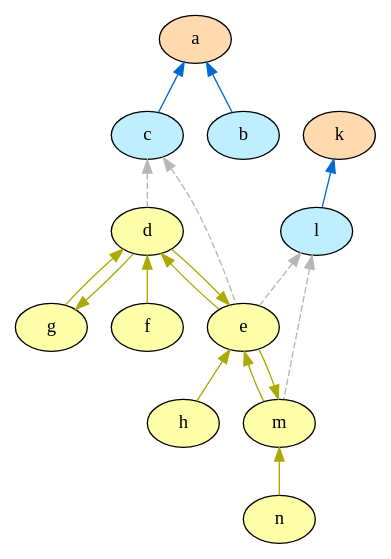
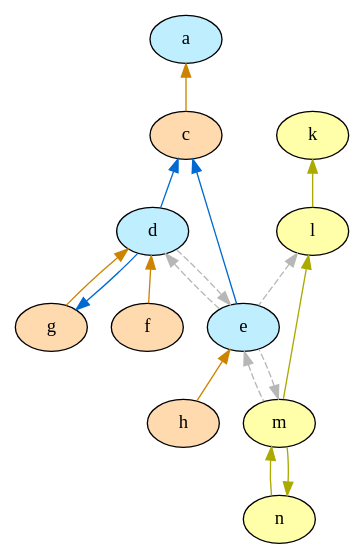
Before and after one commit to idaks/Games-and-Argumentation: the diagram in XLoKR-2023/vanilla_version/output/argu_graph_colored.dot, drawn with Graphviz. The commit also changed 12 other files, not shown here.

```diff
--- a/XLoKR-2023/vanilla_version/output/argu_graph_colored.dot
+++ b/XLoKR-2023/vanilla_version/output/argu_graph_colored.dot
@@ -1,62 +1,61 @@
 strict digraph "" {
-	a	[fillcolor="#ffdaaf",
+	a	[fillcolor="#bfefff",
 		style=filled];
-	b	[fillcolor="#bfefff",
+	c	[fillcolor="#ffdaaf",
 		style=filled];
-	a -> b	[color="#006ad1",
+	a -> c	[color="#cc8400",
 		dir=back];
-	c	[fillcolor="#bfefff",
+	d	[fillcolor="#bfefff",
 		style=filled];
-	a -> c	[color="#006ad1",
+	c -> d	[color="#006ad1",
 		dir=back];
-	d	[fillcolor="#FFFFAA",
+	e	[fillcolor="#bfefff",
 		style=filled];
-	c -> d	[color="#b7b7b7",
+	c -> e	[color="#006ad1",
+		dir=back];
+	d -> e	[color="#b7b7b7",
 		dir=back,
 		style=dashed];
-	e	[fillcolor="#FFFFAA",
+	f	[fillcolor="#ffdaaf",
 		style=filled];
-	c -> e	[color="#b7b7b7",
+	d -> f	[color="#cc8400",
+		dir=back];
+	g	[fillcolor="#ffdaaf",
+		style=filled];
+	d -> g	[color="#cc8400",
+		dir=back];
+	e -> d	[color="#b7b7b7",
 		dir=back,
 		style=dashed];
-	d -> e	[color="#AAAA00",
-		dir=back];
-	f	[fillcolor="#FFFFAA",
-		style=filled];
-	d -> f	[color="#AAAA00",
-		dir=back];
-	g	[fillcolor="#FFFFAA",
-		style=filled];
-	d -> g	[color="#AAAA00",
-		dir=back];
-	e -> d	[color="#AAAA00",
-		dir=back];
 	m	[fillcolor="#FFFFAA",
 		style=filled];
-	e -> m	[color="#AAAA00",
+	e -> m	[color="#b7b7b7",
+		dir=back,
+		style=dashed];
+	h	[fillcolor="#ffdaaf",
+		style=filled];
+	e -> h	[color="#cc8400",
 		dir=back];
-	h	[fillcolor="#FFFFAA",
-		style=filled];
-	e -> h	[color="#AAAA00",
+	g -> d	[color="#006ad1",
 		dir=back];
-	g -> d	[color="#AAAA00",
-		dir=back];
-	m -> e	[color="#AAAA00",
-		dir=back];
+	m -> e	[color="#b7b7b7",
+		dir=back,
+		style=dashed];
 	n	[fillcolor="#FFFFAA",
 		style=filled];
 	m -> n	[color="#AAAA00",
 		dir=back];
-	k	[fillcolor="#ffdaaf",
+	k	[fillcolor="#FFFFAA",
 		style=filled];
-	l	[fillcolor="#bfefff",
+	l	[fillcolor="#FFFFAA",
 		style=filled];
-	k -> l	[color="#006ad1",
+	k -> l	[color="#AAAA00",
 		dir=back];
 	l -> e	[color="#b7b7b7",
 		dir=back,
 		style=dashed];
-	l -> m	[color="#b7b7b7",
-		dir=back,
-		style=dashed];
+	l -> m	[color="#AAAA00",
+		dir=back];
+	n -> m	[color="#AAAA00",
+		dir=back];
 }
```
